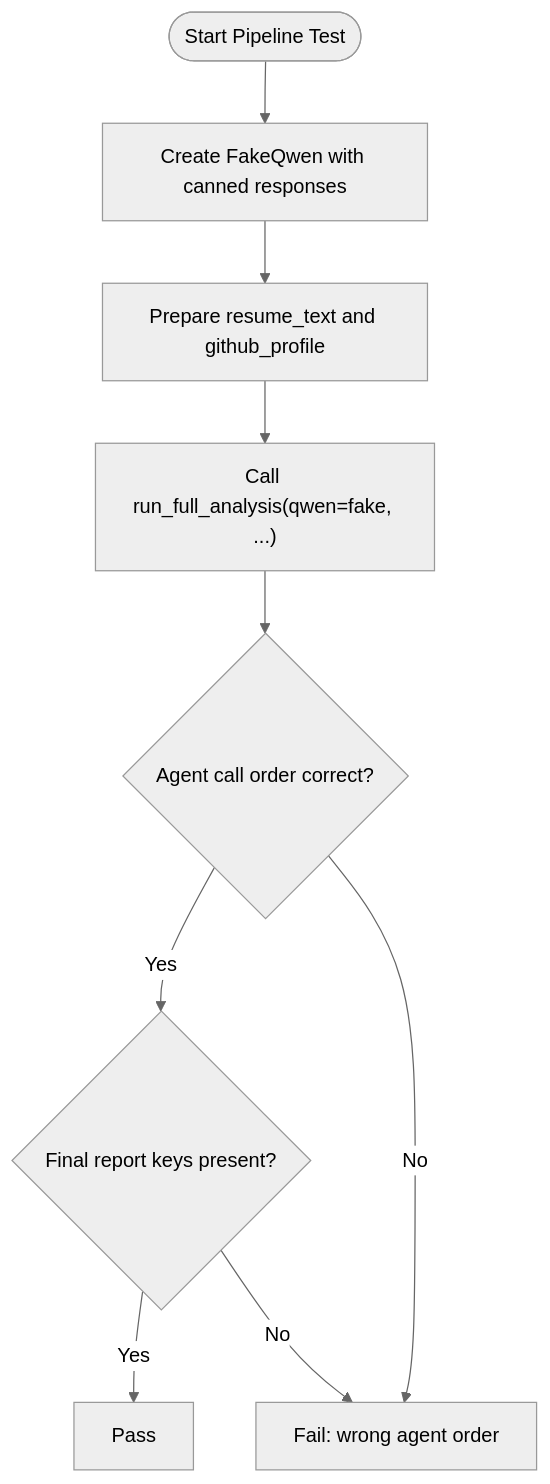
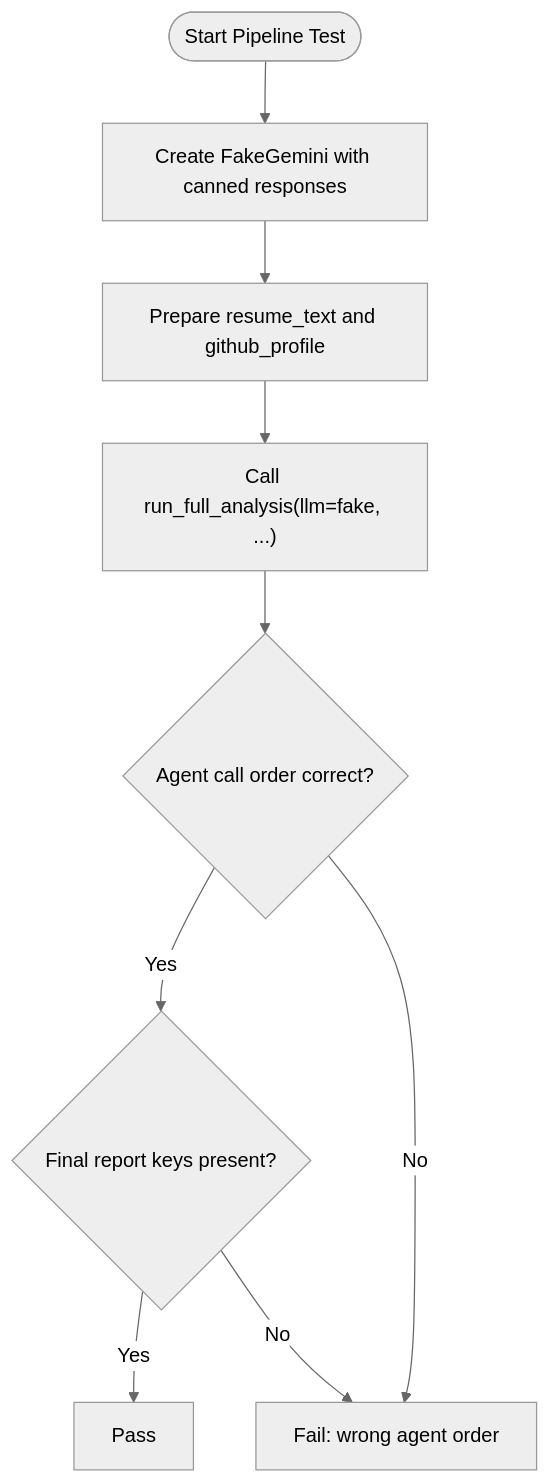
The third of 4 diagrams in .qoder/repowiki/en/content/Testing Strategy.md (waqarimran342/CareerOS-AI), drawn with Mermaid (neutral theme) before and after one commit. The commit also changed other lines of this file and 32 other files, not shown here.

````diff
--- a/.qoder/repowiki/en/content/Testing Strategy.md
+++ b/.qoder/repowiki/en/content/Testing Strategy.md
@@ -146,11 +162,11 @@
 ```mermaid
 flowchart TD
-Start(["Start Pipeline Test"]) --> BuildFake["Create FakeQwen with canned responses"]
+Start(["Start Pipeline Test"]) --> BuildFake["Create FakeGemini with canned responses"]
 BuildFake --> PrepareInputs["Prepare resume_text and github_profile"]
-PrepareInputs --> RunPipeline["Call run_full_analysis(qwen=fake, ...)"]
+PrepareInputs --> RunPipeline["Call run_full_analysis(llm=fake, ...)"]
 RunPipeline --> AssertOrder{"Agent call order correct?"}
 AssertOrder --> |Yes| AssertResult{"Final report keys present?"}
 AssertOrder --> |No| Fail["Fail: wrong agent order"]
 AssertResult --> |Yes| Pass["Pass"]
 AssertResult --> |No| Fail
 ```
````
